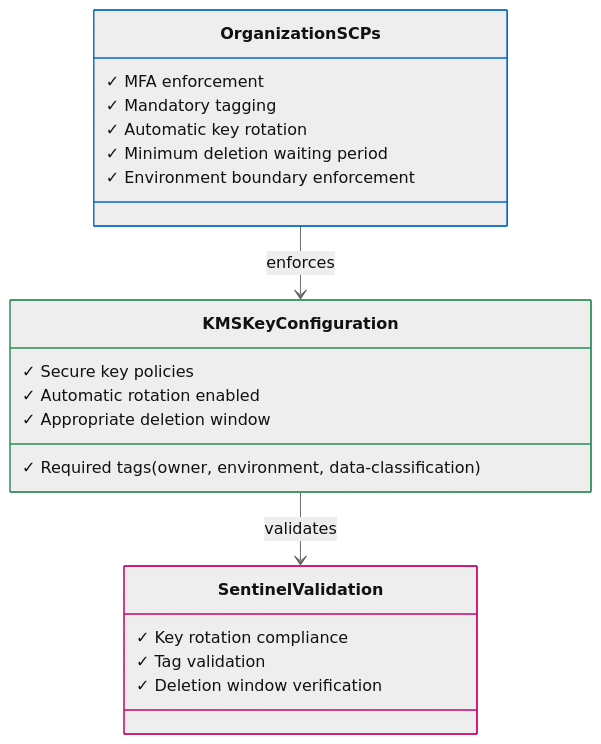
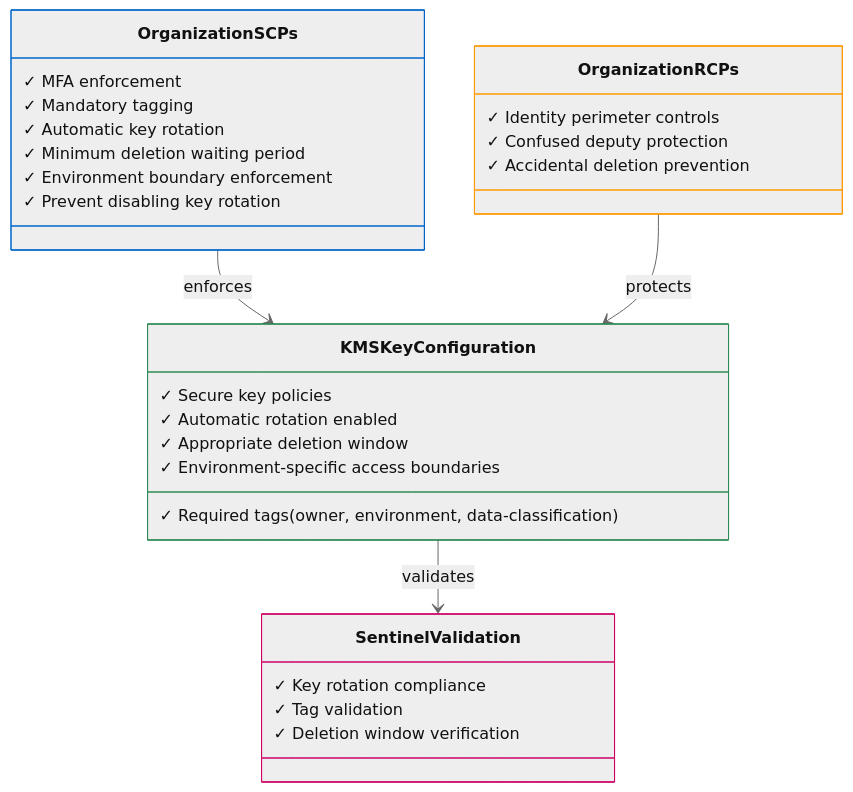
The diagram in kms/README.md (Searge/aws_kms), drawn with Mermaid (neutral theme) before and after one commit.

Commit message:
feat(docs): Add RCP block

````diff
--- a/kms/README.md
+++ b/kms/README.md
@@ -16,30 +16,40 @@
 ```mermaid
 classDiagram
     class OrganizationSCPs {
         ✓ MFA enforcement
         ✓ Mandatory tagging
         ✓ Automatic key rotation
         ✓ Minimum deletion waiting period
         ✓ Environment boundary enforcement
+        ✓ Prevent disabling key rotation
+    }
+
+    class OrganizationRCPs {
+        ✓ Identity perimeter controls
+        ✓ Confused deputy protection
+        ✓ Accidental deletion prevention
     }
 
     class KMSKeyConfiguration {
         ✓ Secure key policies
         ✓ Automatic rotation enabled
         ✓ Appropriate deletion window
         ✓ Required tags (owner, environment, data-classification)
+        ✓ Environment-specific access boundaries
     }
 
     class SentinelValidation {
         ✓ Key rotation compliance
         ✓ Tag validation
         ✓ Deletion window verification
     }
 
     OrganizationSCPs --> KMSKeyConfiguration : enforces
+    OrganizationRCPs --> KMSKeyConfiguration : protects
     KMSKeyConfiguration --> SentinelValidation : validates
 
     style OrganizationSCPs stroke:#0066cc
+    style OrganizationRCPs stroke:#ff9900
     style KMSKeyConfiguration stroke:#2e8b57
     style SentinelValidation stroke:#cc0066
 ```
````
